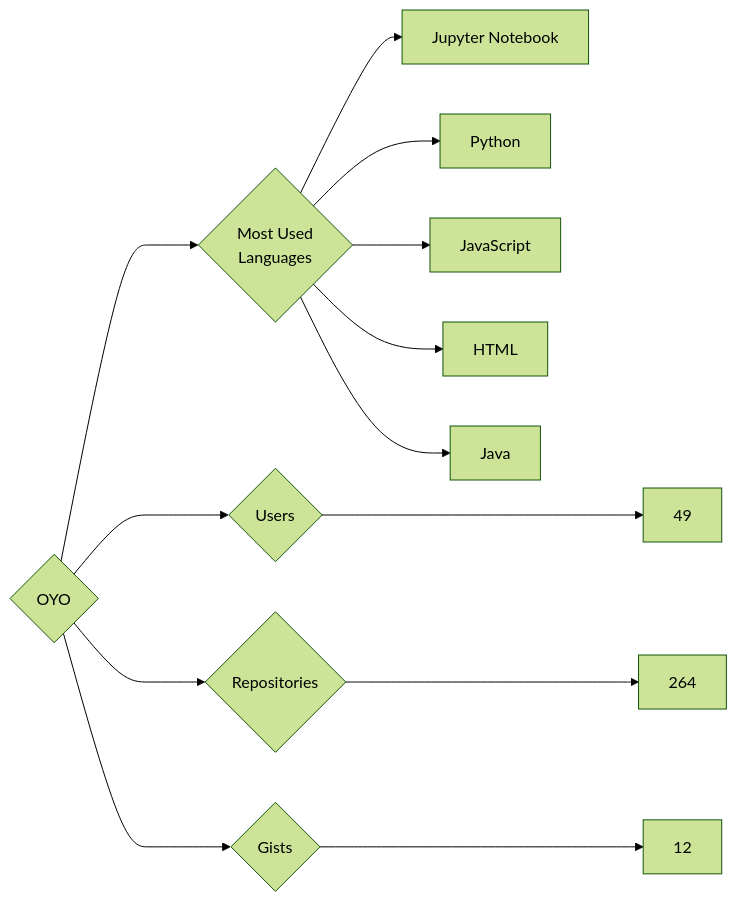
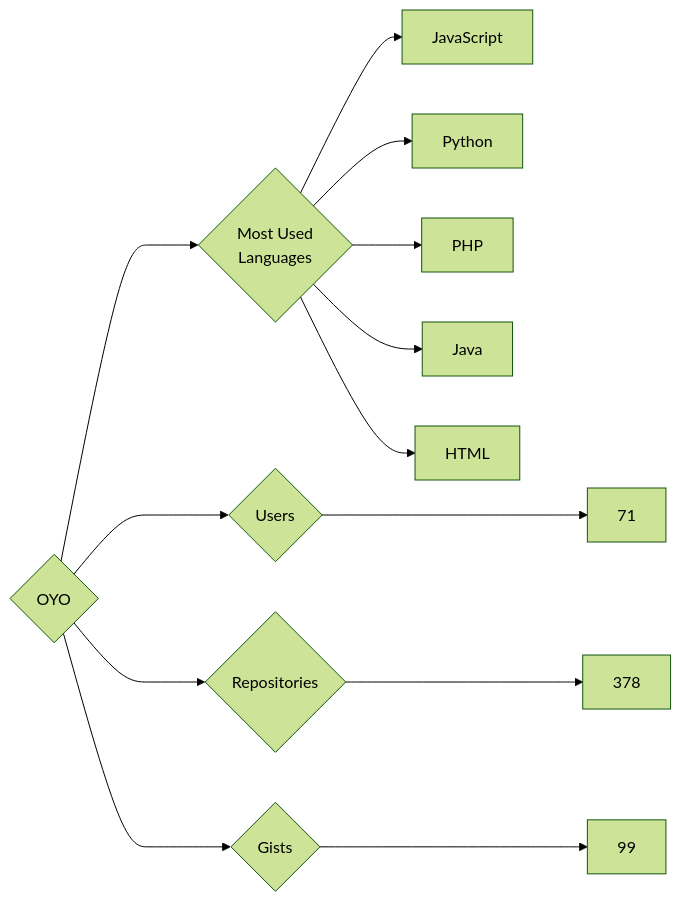
Before and after one commit to trickest/insiders: the diagram in targets/OYO/README.md, drawn with Mermaid (forest theme). The commit also changed 597 other files, not shown here.

````diff
--- a/targets/OYO/README.md
+++ b/targets/OYO/README.md
@@ -3,13 +3,13 @@
 ```mermaid
 graph LR
 COMPANY_NAME{OYO}
-COMPANY_NAME ---> U{Users} ---> UN[49]
-COMPANY_NAME ---> R{Repositories} ---> RN[264]
-COMPANY_NAME ---> G{Gists} ---> GN[12]
+COMPANY_NAME ---> U{Users} ---> UN[71]
+COMPANY_NAME ---> R{Repositories} ---> RN[378]
+COMPANY_NAME ---> G{Gists} ---> GN[99]
 COMPANY_NAME ---> ML{Most Used<br>Languages}
-ML --> Jupyter_Notebook[Jupyter Notebook]
+ML --> JavaScript[JavaScript]
 ML --> Python[Python]
-ML --> JavaScript[JavaScript]
+ML --> PHP[PHP]
+ML --> Java[Java]
 ML --> HTML[HTML]
-ML --> Java[Java]
 ```
````
